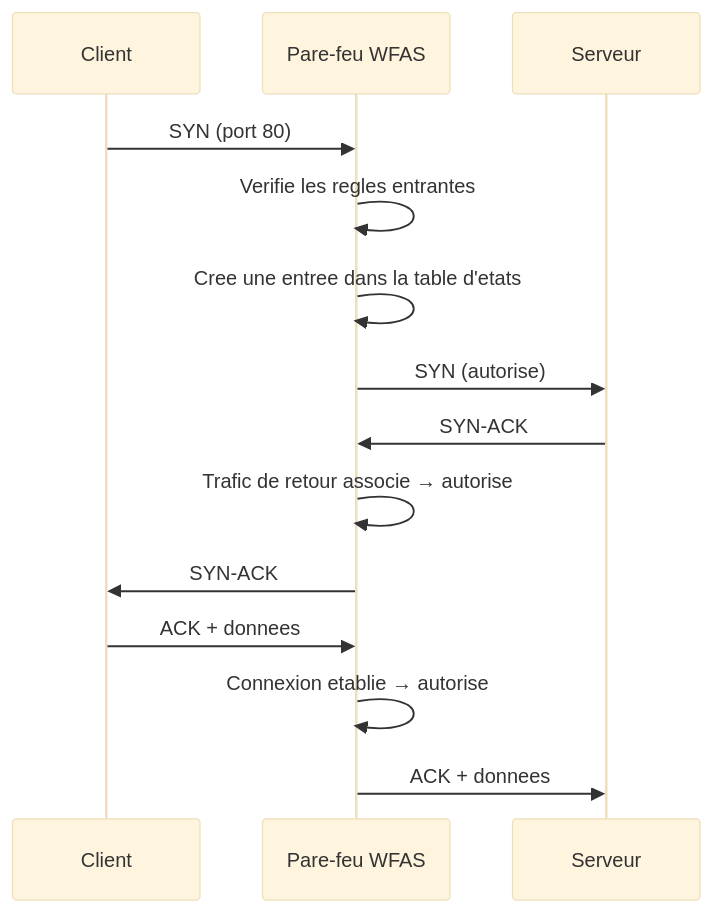
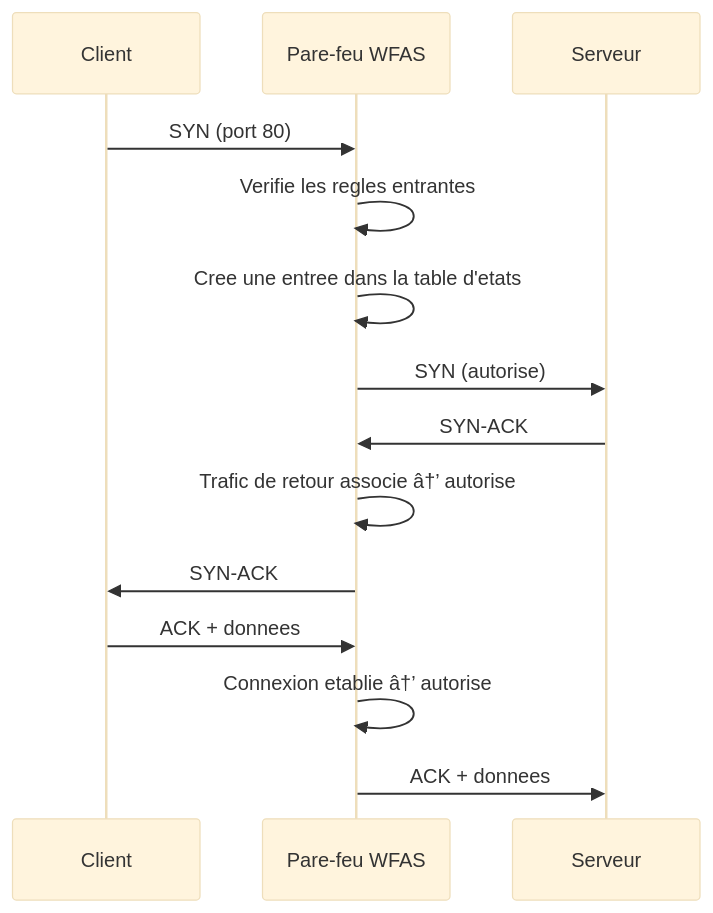
One commit to VBlackJack/WinOpsLab changed the third of 3 diagrams in docs/reseau/pare-feu/wfas-concepts.md. Above: the diagram before and after it, drawn with Mermaid (base theme). The commit also changed other lines of this file and 213 other files, not shown here.

First line of the commit message:
Audit documentation: level badges, time estimates, card grid, new diagrams

````diff
--- a/docs/reseau/pare-feu/wfas-concepts.md
+++ b/docs/reseau/pare-feu/wfas-concepts.md
@@ -101,16 +120,16 @@
 ```mermaid
 sequenceDiagram
     participant C as Client
     participant FW as Pare-feu WFAS
     participant S as Serveur
     C->>FW: SYN (port 80)
     FW->>FW: Verifie les regles entrantes
     FW->>FW: Cree une entree dans la table d'etats
     FW->>S: SYN (autorise)
     S->>FW: SYN-ACK
-    FW->>FW: Trafic de retour associe → autorise
+    FW->>FW: Trafic de retour associe â†’ autorise
     FW->>C: SYN-ACK
     C->>FW: ACK + donnees
-    FW->>FW: Connexion etablie → autorise
+    FW->>FW: Connexion etablie â†’ autorise
     FW->>S: ACK + donnees
 ```
````
